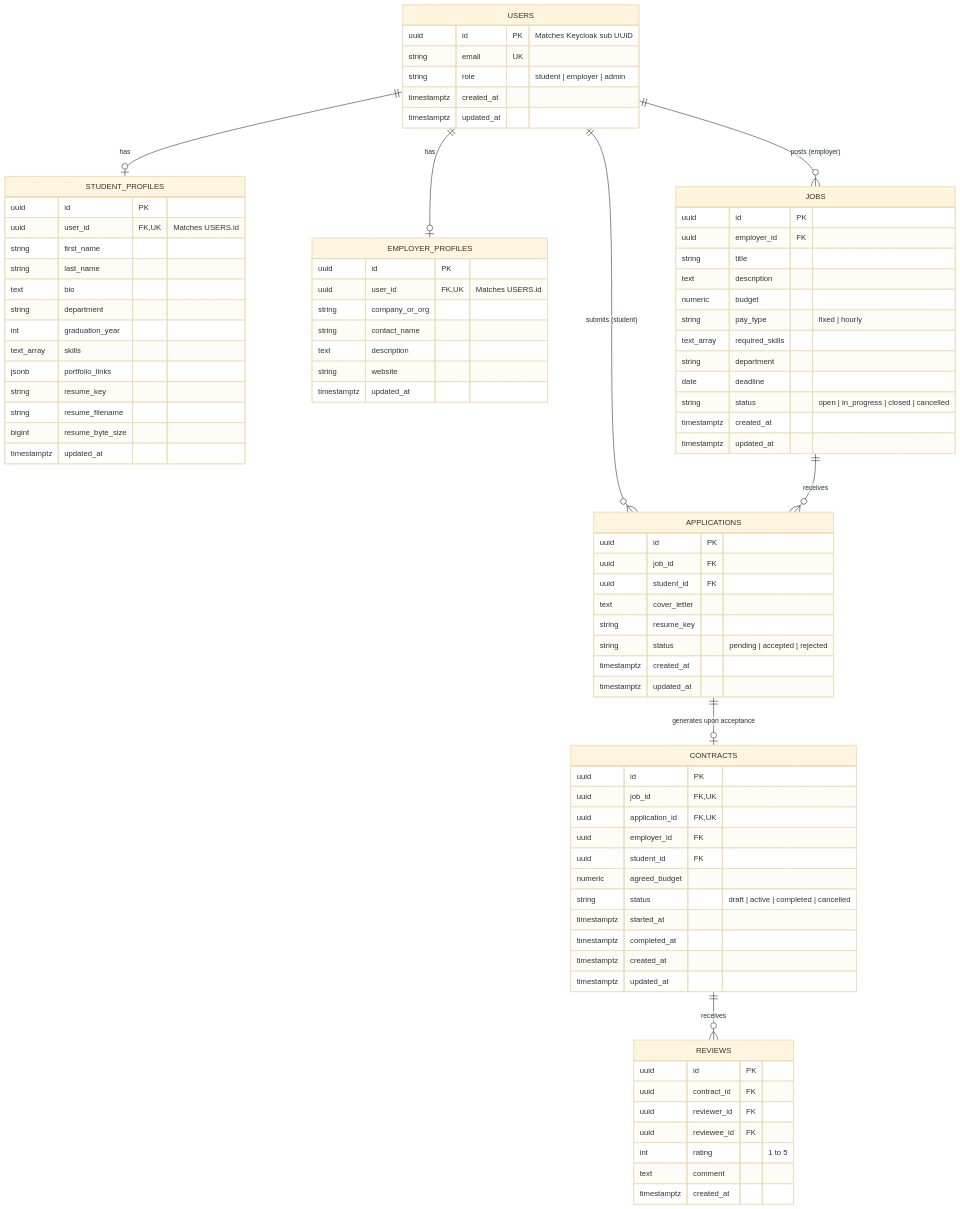
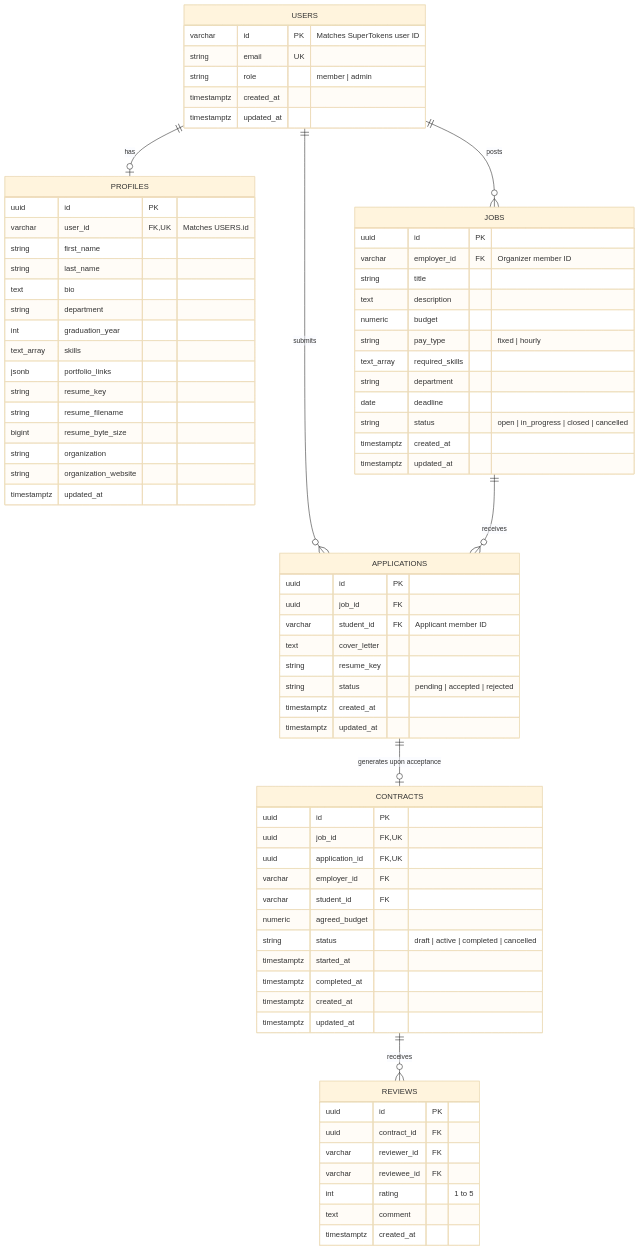
The third of 4 diagrams in docs/architecture.md (BIJJUDAMA/Lynk), drawn with Mermaid (base theme) before and after one commit. The commit also changed other lines of this file and 2 other files, not shown here.

Commit message:
docs: update system architecture, readme, and environment template

````diff
--- a/docs/architecture.md
+++ b/docs/architecture.md
@@ -232,24 +211,23 @@
 ```mermaid
 erDiagram
-    USERS ||--o| STUDENT_PROFILES : "has"
-    USERS ||--o| EMPLOYER_PROFILES : "has"
-    USERS ||--o{ JOBS : "posts (employer)"
-    USERS ||--o{ APPLICATIONS : "submits (student)"
+    USERS ||--o| PROFILES : "has"
+    USERS ||--o{ JOBS : "posts"
+    USERS ||--o{ APPLICATIONS : "submits"
     JOBS ||--o{ APPLICATIONS : "receives"
     APPLICATIONS ||--o| CONTRACTS : "generates upon acceptance"
     CONTRACTS ||--o{ REVIEWS : "receives"
 
     USERS {
-        uuid id PK "Matches Keycloak sub UUID"
+        varchar id PK "Matches SuperTokens user ID"
         string email UK
-        string role "student | employer | admin"
+        string role "member | admin"
         timestamptz created_at
         timestamptz updated_at
     }
 
-    STUDENT_PROFILES {
+    PROFILES {
         uuid id PK
-        uuid user_id FK,UK "Matches USERS.id"
+        varchar user_id FK,UK "Matches USERS.id"
         string first_name
         string last_name
         text bio
@@ -260,22 +238,14 @@
         string resume_key
         string resume_filename
         bigint resume_byte_size
-        timestamptz updated_at
-    }
-
-    EMPLOYER_PROFILES {
-        uuid id PK
-        uuid user_id FK,UK "Matches USERS.id"
-        string company_or_org
-        string contact_name
-        text description
-        string website
+        string organization
+        string organization_website
         timestamptz updated_at
     }
 
     JOBS {
         uuid id PK
-        uuid employer_id FK
+        varchar employer_id FK "Organizer member ID"
         string title
         text description
         numeric budget
@@ -291,7 +261,7 @@
     APPLICATIONS {
         uuid id PK
         uuid job_id FK
-        uuid student_id FK
+        varchar student_id FK "Applicant member ID"
         text cover_letter
         string resume_key
         string status "pending | accepted | rejected"
@@ -303,8 +273,8 @@
         uuid id PK
         uuid job_id FK,UK
         uuid application_id FK,UK
-        uuid employer_id FK
-        uuid student_id FK
+        varchar employer_id FK
+        varchar student_id FK
         numeric agreed_budget
         string status "draft | active | completed | cancelled"
         timestamptz started_at
@@ -316,8 +286,8 @@
     REVIEWS {
         uuid id PK
         uuid contract_id FK
-        uuid reviewer_id FK
-        uuid reviewee_id FK
+        varchar reviewer_id FK
+        varchar reviewee_id FK
         int rating "1 to 5"
         text comment
         timestamptz created_at
````
